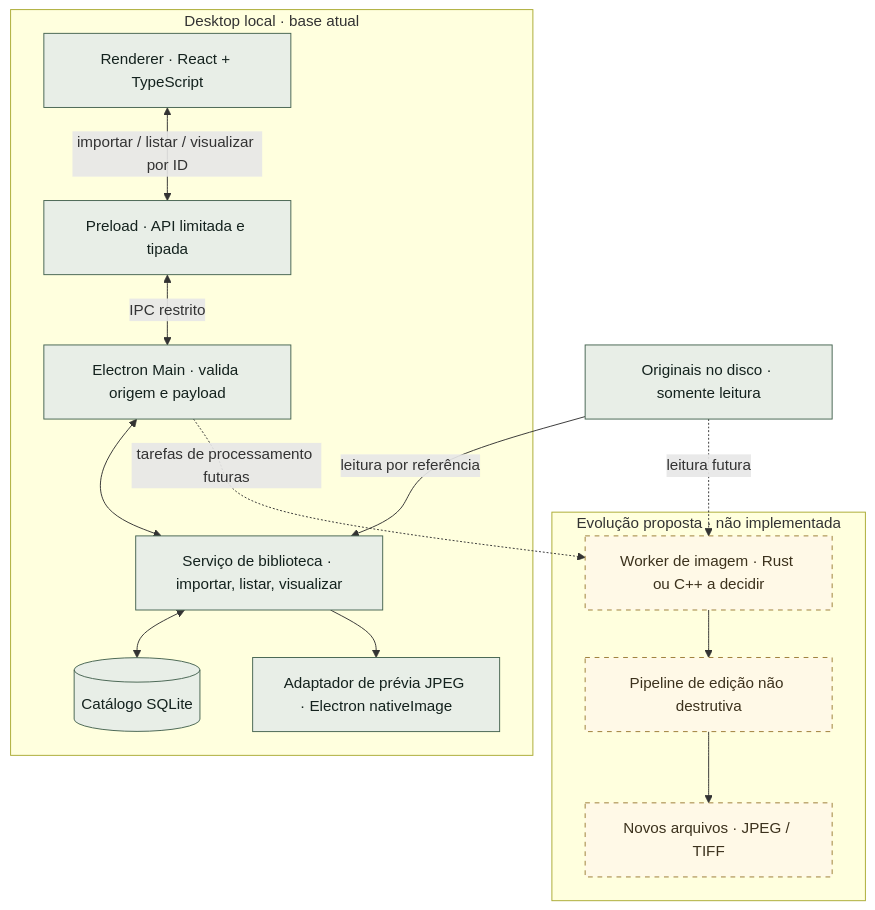
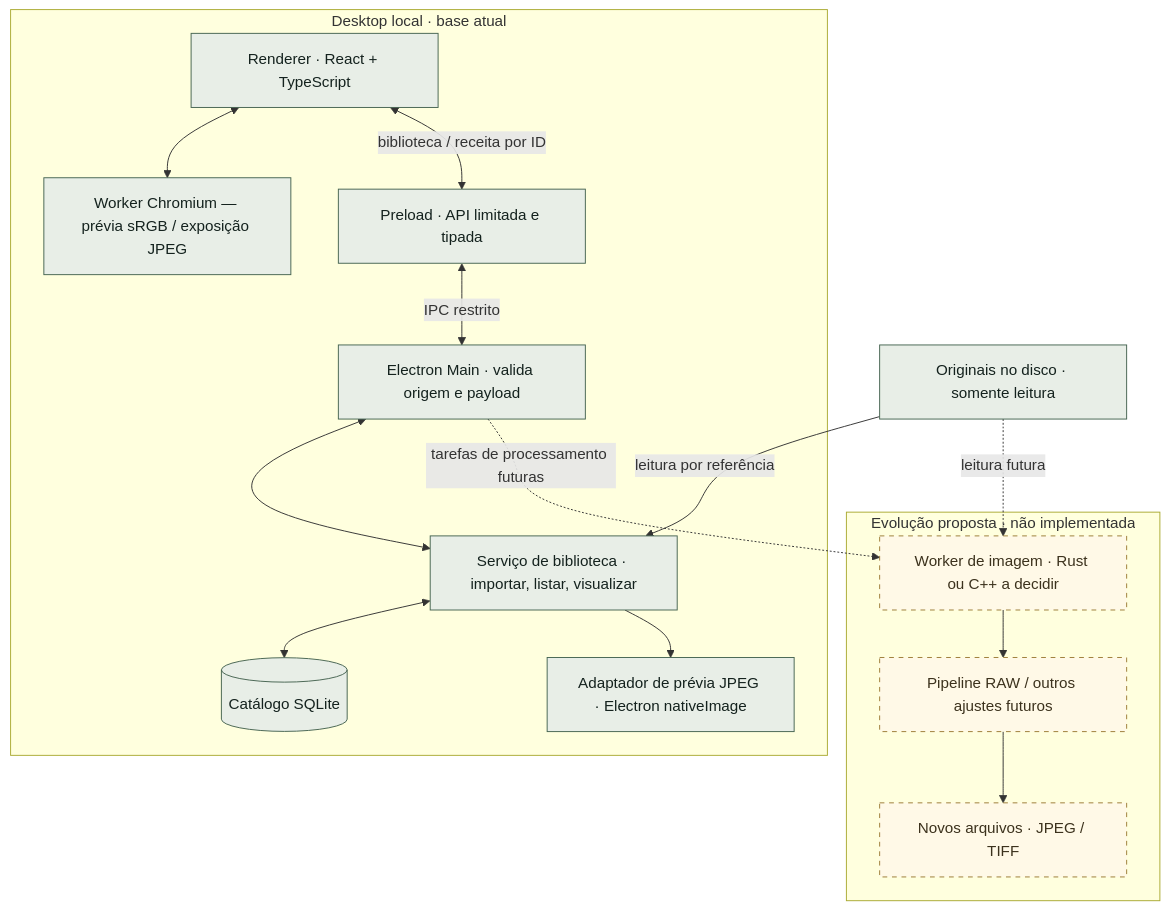
One commit to glaucia86/revelumo changed the diagram in README.md. Above: the diagram before and after it, drawn with Mermaid. The commit also changed other lines of this file and 47 other files, not shown here.

````diff
--- a/README.md
+++ b/README.md
@@ -65,33 +66,35 @@
 ```mermaid
 flowchart TB
     subgraph desktop["Desktop local · base atual"]
         UI["Renderer · React + TypeScript"]
         PRE["Preload · API limitada e tipada"]
         MAIN["Electron Main · valida origem e payload"]
         LIB["Serviço de biblioteca · importar, listar, visualizar"]
         DB[("Catálogo SQLite")]
         DEC["Adaptador de prévia JPEG · Electron nativeImage"]
-        UI <-->|"importar / listar / visualizar por ID"| PRE
+        EDIT["Worker Chromium — prévia sRGB / exposição JPEG"]
+        UI <--> EDIT
+        UI <-->|"biblioteca / receita por ID"| PRE
         PRE <-->|"IPC restrito"| MAIN
         MAIN <--> LIB
         LIB <--> DB
         LIB --> DEC
     end
 
     FILES["Originais no disco · somente leitura"] -->|"leitura por referência"| LIB
 
     subgraph future["Evolução proposta · não implementada"]
         WORKER["Worker de imagem · Rust ou C++ a decidir"]
-        PIPE["Pipeline de edição não destrutiva"]
+        PIPE["Pipeline RAW / outros ajustes futuros"]
         EXPORT["Novos arquivos · JPEG / TIFF"]
         WORKER --> PIPE --> EXPORT
     end
 
     MAIN -.->|"tarefas de processamento futuras"| WORKER
     FILES -.->|"leitura futura"| WORKER
 
     classDef current fill:#e8eee7,stroke:#466451,color:#14221e;
     classDef planned fill:#fff9e7,stroke:#9b7c36,color:#3c321d,stroke-dasharray:5 5;
-    class UI,PRE,MAIN,LIB,DB,DEC,FILES current;
+    class UI,PRE,MAIN,LIB,DB,DEC,FILES,EDIT current;
     class WORKER,PIPE,EXPORT planned;
 ```
````
